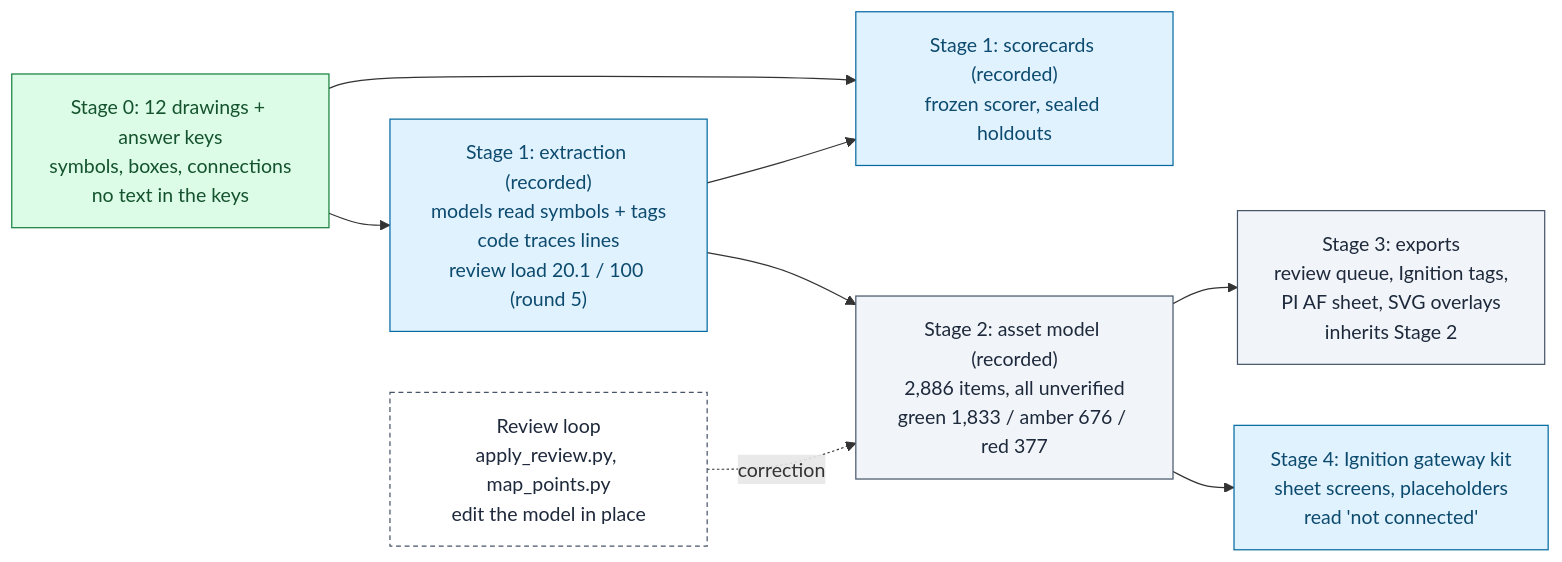
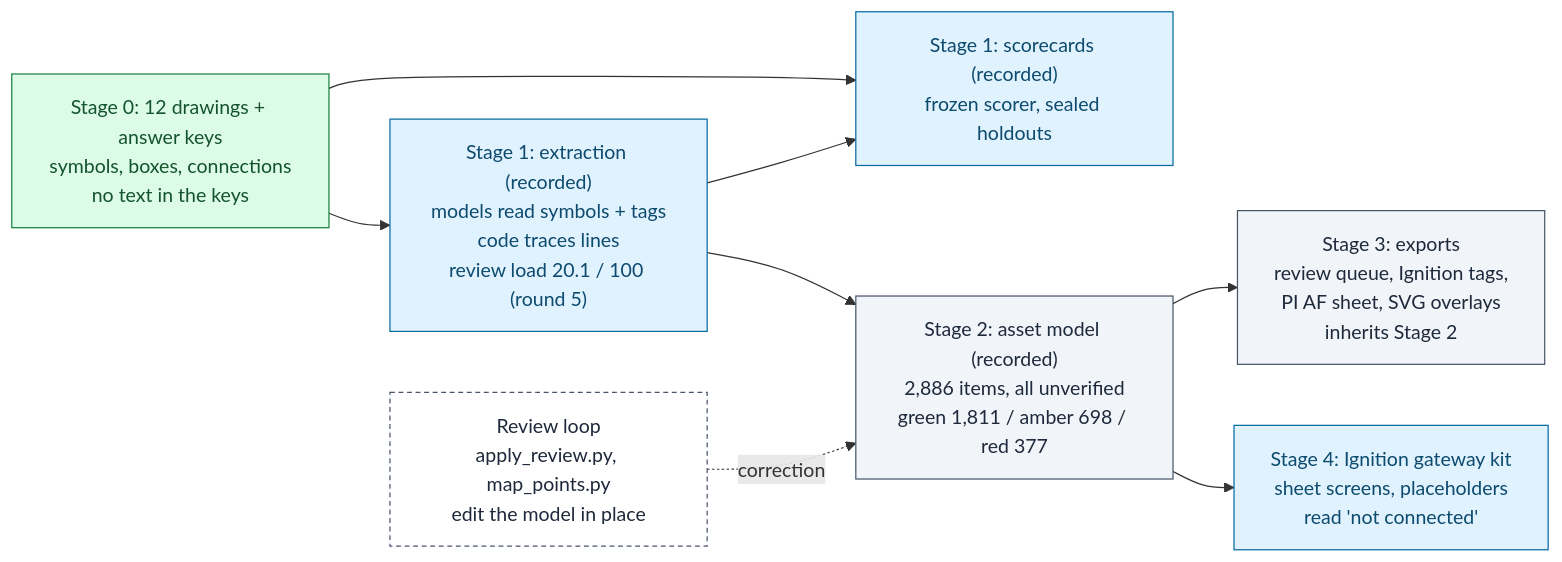
Before and after one commit to steve-vitale/pid-to-digital-twin: the second of 2 diagrams in docs/DATA_LINEAGE.md, drawn with Mermaid. The commit also changed other lines of this file and 1290 other files, not shown here.

````diff
--- a/docs/DATA_LINEAGE.md
+++ b/docs/DATA_LINEAGE.md
@@ -213,19 +213,19 @@
 ```mermaid
 flowchart LR
     S0["Stage 0: 12 drawings + answer keys<br/>symbols, boxes, connections<br/>no text in the keys"]:::verified
     X["Stage 1: extraction (recorded)<br/>models read symbols + tags<br/>code traces lines<br/>review load 20.1 / 100 (round 5)"]:::measured
     SC["Stage 1: scorecards (recorded)<br/>frozen scorer, sealed holdouts"]:::measured
-    T["Stage 2: asset model (recorded)<br/>2,886 items, all unverified<br/>green 1,833 / amber 676 / red 377"]:::inherits
+    T["Stage 2: asset model (recorded)<br/>2,886 items, all unverified<br/>green 1,811 / amber 698 / red 377"]:::inherits
     R["Review loop<br/>apply_review.py, map_points.py<br/>edit the model in place"]:::human
     E["Stage 3: exports<br/>review queue, Ignition tags,<br/>PI AF sheet, SVG overlays<br/>inherits Stage 2"]:::inherits
     G["Stage 4: Ignition gateway kit<br/>sheet screens, placeholders<br/>read 'not connected'"]:::measured
     S0 --> X --> T --> E
     S0 --> SC
     X --> SC
     R -. correction .-> T
     T --> G
     classDef verified fill:#dcfce7,stroke:#15803d,color:#14532d
     classDef measured fill:#e0f2fe,stroke:#0369a1,color:#0c4a6e
     classDef inherits fill:#f1f5f9,stroke:#475569,color:#1e293b
     classDef human fill:#ffffff,stroke:#475569,stroke-dasharray:4 3,color:#1e293b
 ```
````
